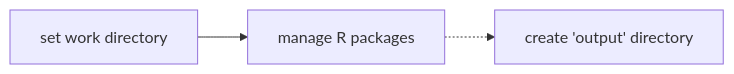
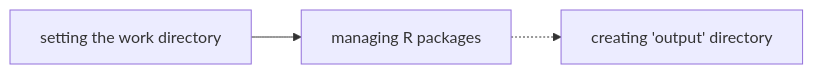
One commit to simondavi/datafest_kodaqsteams changed the second of 2 diagrams in kodaqs_team_quarto.qmd. Above: the diagram before and after it, drawn with Mermaid. The commit also changed other lines of this file, not shown here.

````diff
--- a/kodaqs_team_quarto.qmd
+++ b/kodaqs_team_quarto.qmd
@@ -59,5 +59,5 @@
 ```{mermaid}
 flowchart LR
-  A[set work directory] --> B[manage R packages]
-  B -.-> C[create 'output' directory]
+  A[setting the work directory] --> B[managing R packages]
+  B -.-> C[creating 'output' directory]
 ```
````
